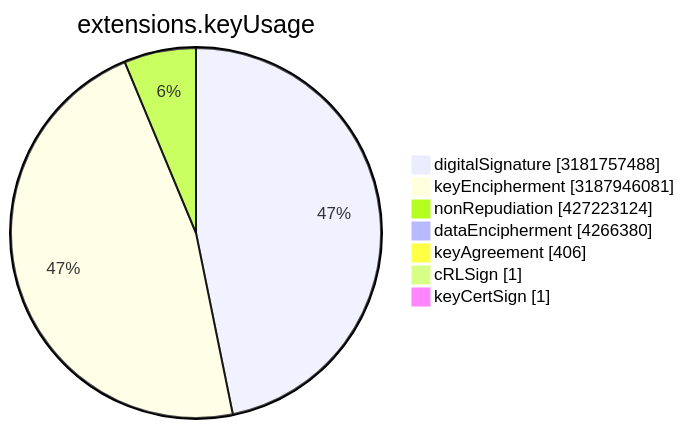
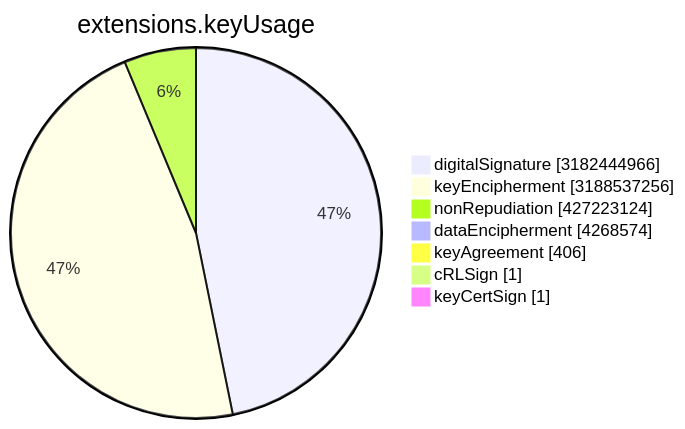
Before and after one commit to christiankrug/ctmonitor_visualization: the sixth of 15 diagrams in TOTAL/README.md, drawn with Mermaid. The commit also changed other lines of this file, not shown here.

````diff
--- a/TOTAL/README.md
+++ b/TOTAL/README.md
@@ -3077,11 +3077,11 @@
 ```mermaid
 pie showData
 title extensions.keyUsage
-"digitalSignature" :3181757488
-"keyEncipherment" :3187946081
+"digitalSignature" :3182444966
+"keyEncipherment" :3188537256
 "nonRepudiation" :427223124
-"dataEncipherment" :4266380
+"dataEncipherment" :4268574
 "keyAgreement" :406
 "cRLSign" :1
 "keyCertSign" :1
 ```
````
